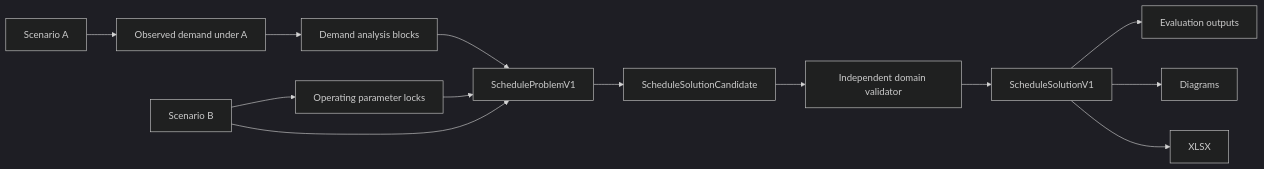
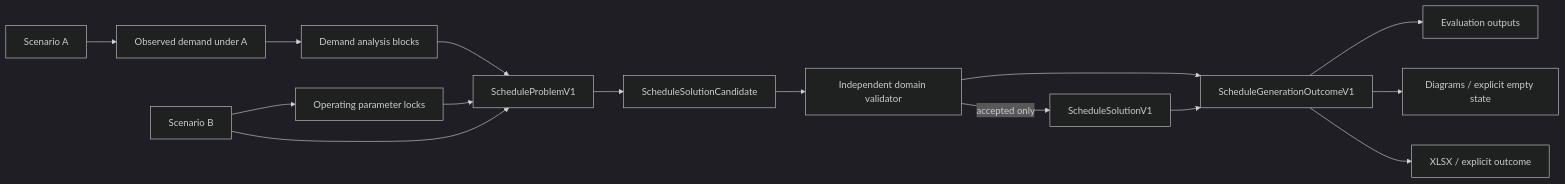
One commit to longpsu-bot/bus-schedule-optimizer changed the diagram in docs/engine/DOMAIN_MODEL_V1.md. Above: the diagram before and after it, drawn with Mermaid (dark theme). The commit also changed other lines of this file, not shown here.

Commit message:
Add generation outcome aggregate to domain model

````diff
--- a/docs/engine/DOMAIN_MODEL_V1.md
+++ b/docs/engine/DOMAIN_MODEL_V1.md
@@ -58,15 +63,17 @@
 ```mermaid
 flowchart LR
   A["Scenario A"] --> D["Observed demand under A"]
   D --> DB["Demand analysis blocks"]
   B["Scenario B"] --> L["Operating parameter locks"]
   B --> P["ScheduleProblemV1"]
   DB --> P
   L --> P
   P --> CAND["ScheduleSolutionCandidate"]
   CAND --> VAL["Independent domain validator"]
-  VAL --> SOL["ScheduleSolutionV1"]
-  SOL --> EVAL["Evaluation outputs"]
-  SOL --> VIZ["Diagrams"]
-  SOL --> XLSX["XLSX"]
+  VAL --> OUT["ScheduleGenerationOutcomeV1"]
+  VAL -->|accepted only| SOL["ScheduleSolutionV1"]
+  SOL --> OUT
+  OUT --> EVAL["Evaluation outputs"]
+  OUT --> VIZ["Diagrams / explicit empty state"]
+  OUT --> XLSX["XLSX / explicit outcome"]
 ```
````
